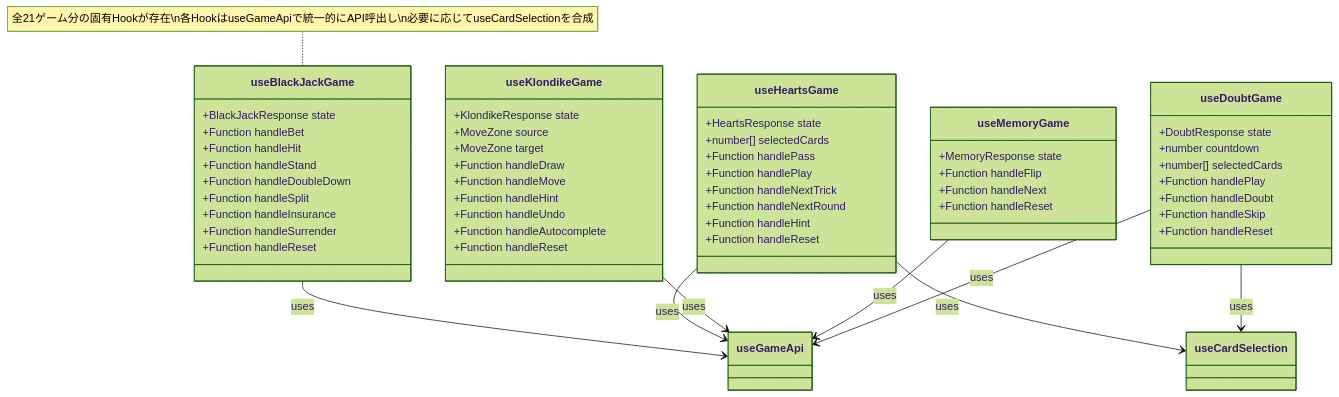
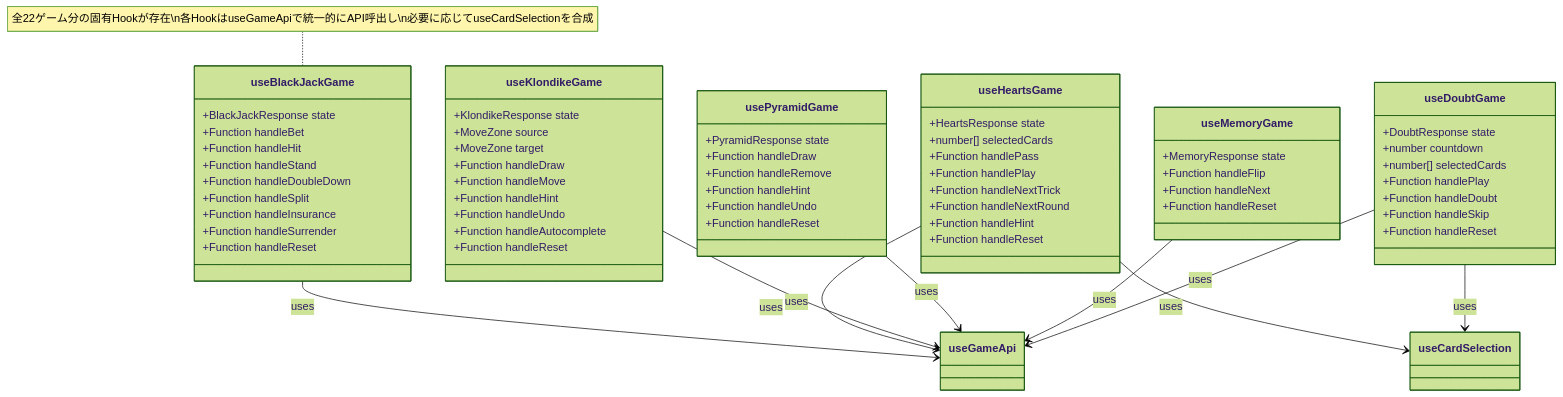
The fifth of 18 diagrams in docs/design/frontend.md (yuta-yoshinaga/go_trumpcards), drawn with Mermaid (forest theme) before and after one commit. The commit also changed other lines of this file and 51 other files, not shown here.

First line of the commit message:
feat: add Pyramid (ピラミッド) solitaire game

````diff
--- a/docs/design/frontend.md
+++ b/docs/design/frontend.md
@@ -403,64 +428,74 @@
 ```mermaid
 classDiagram
     class useBlackJackGame {
         +BlackJackResponse state
         +Function handleBet
         +Function handleHit
         +Function handleStand
         +Function handleDoubleDown
         +Function handleSplit
         +Function handleInsurance
         +Function handleSurrender
         +Function handleReset
     }
 
     class useHeartsGame {
         +HeartsResponse state
         +number[] selectedCards
         +Function handlePass
         +Function handlePlay
         +Function handleNextTrick
         +Function handleNextRound
         +Function handleHint
         +Function handleReset
     }
 
     class useKlondikeGame {
         +KlondikeResponse state
         +MoveZone source
         +MoveZone target
         +Function handleDraw
         +Function handleMove
         +Function handleHint
         +Function handleUndo
         +Function handleAutocomplete
         +Function handleReset
     }
 
     class useMemoryGame {
         +MemoryResponse state
         +Function handleFlip
         +Function handleNext
         +Function handleReset
     }
 
     class useDoubtGame {
         +DoubtResponse state
         +number countdown
         +number[] selectedCards
         +Function handlePlay
         +Function handleDoubt
         +Function handleSkip
         +Function handleReset
     }
 
     useBlackJackGame --> useGameApi : uses
     useHeartsGame --> useGameApi : uses
     useHeartsGame --> useCardSelection : uses
+    class usePyramidGame {
+        +PyramidResponse state
+        +Function handleDraw
+        +Function handleRemove
+        +Function handleHint
+        +Function handleUndo
+        +Function handleReset
+    }
+
     useKlondikeGame --> useGameApi : uses
+    usePyramidGame --> useGameApi : uses
     useMemoryGame --> useGameApi : uses
     useDoubtGame --> useGameApi : uses
     useDoubtGame --> useCardSelection : uses
 
-    note for useBlackJackGame "全21ゲーム分の固有Hookが存在\n各HookはuseGameApiで統一的にAPI呼出し\n必要に応じてuseCardSelectionを合成"
+    note for useBlackJackGame "全22ゲーム分の固有Hookが存在\n各HookはuseGameApiで統一的にAPI呼出し\n必要に応じてuseCardSelectionを合成"
 ```
````
